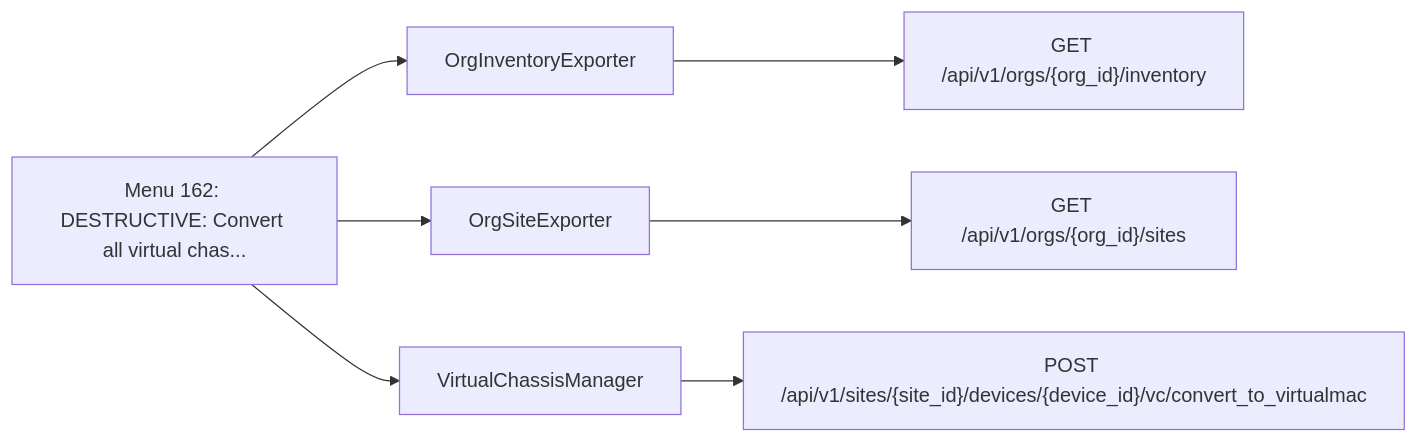
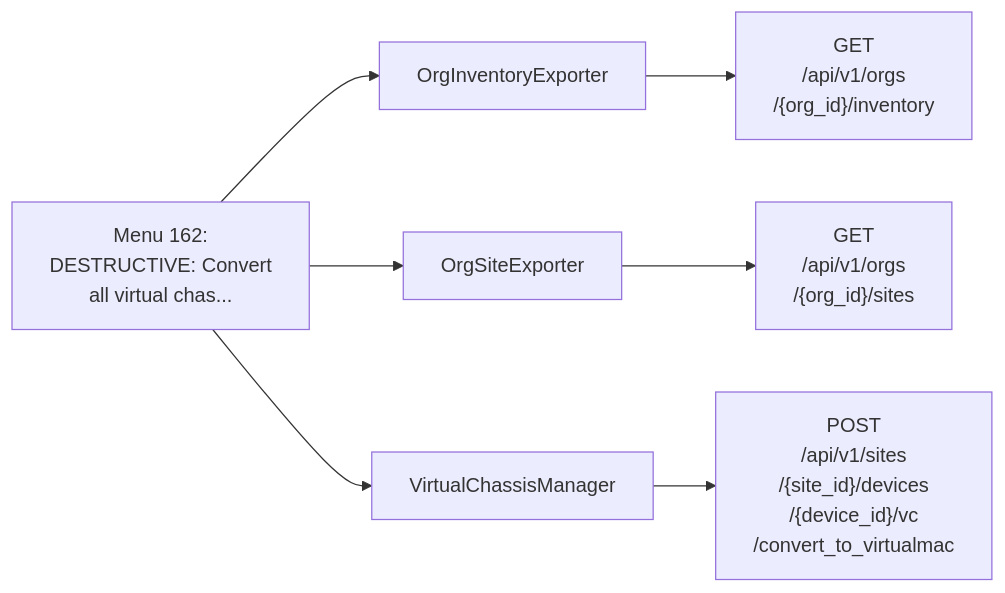
One commit to jmorrison-juniper/MistHelper changed the ninth of 27 diagrams in documentation/menu-api/destructive.md. Above: the diagram before and after it, drawn with Mermaid. The commit also changed other lines of this file and 19 other files, not shown here.

First line of the commit message:
docs(menu-api): fit the Mermaid diagrams to the wiki column (#3463)

````diff
--- a/documentation/menu-api/destructive.md
+++ b/documentation/menu-api/destructive.md
@@ -496,10 +286,10 @@
 ```mermaid
 flowchart LR
-    menu["Menu 162: DESTRUCTIVE: Convert all virtual chas..."]
+    menu["Menu 162:<br/>DESTRUCTIVE: Convert<br/>all virtual chas..."]
     menu --> c1["OrgInventoryExporter"]
-    c1 --> e1["GET /api/v1/orgs/{org_id}/inventory"]
+    c1 --> e1["GET<br/>/api/v1/orgs<br/>/{org_id}/inventory"]
     menu --> c2["OrgSiteExporter"]
-    c2 --> e2["GET /api/v1/orgs/{org_id}/sites"]
+    c2 --> e2["GET<br/>/api/v1/orgs<br/>/{org_id}/sites"]
     menu --> c3["VirtualChassisManager"]
-    c3 --> e3["POST /api/v1/sites/{site_id}/devices/{device_id}/vc/convert_to_virtualmac"]
+    c3 --> e3["POST<br/>/api/v1/sites<br/>/{site_id}/devices<br/>/{device_id}/vc<br/>/convert_to_virtualmac"]
 ```
````
